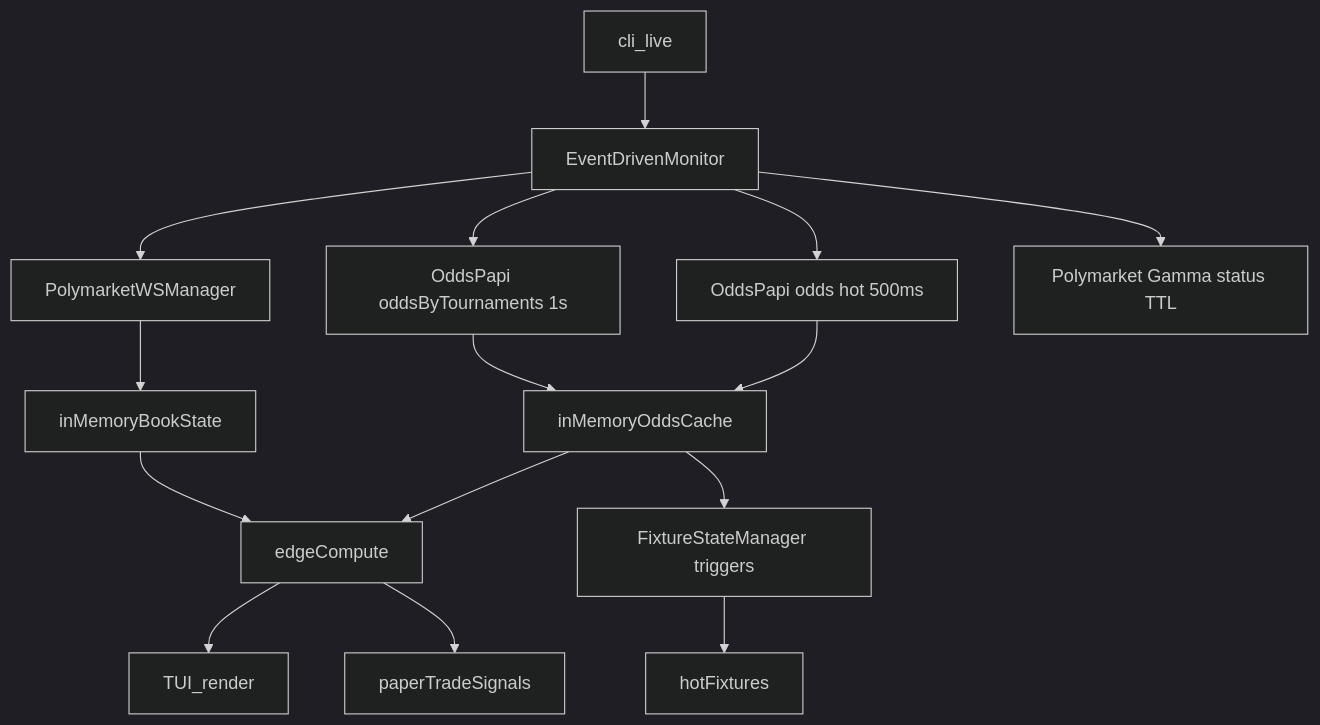
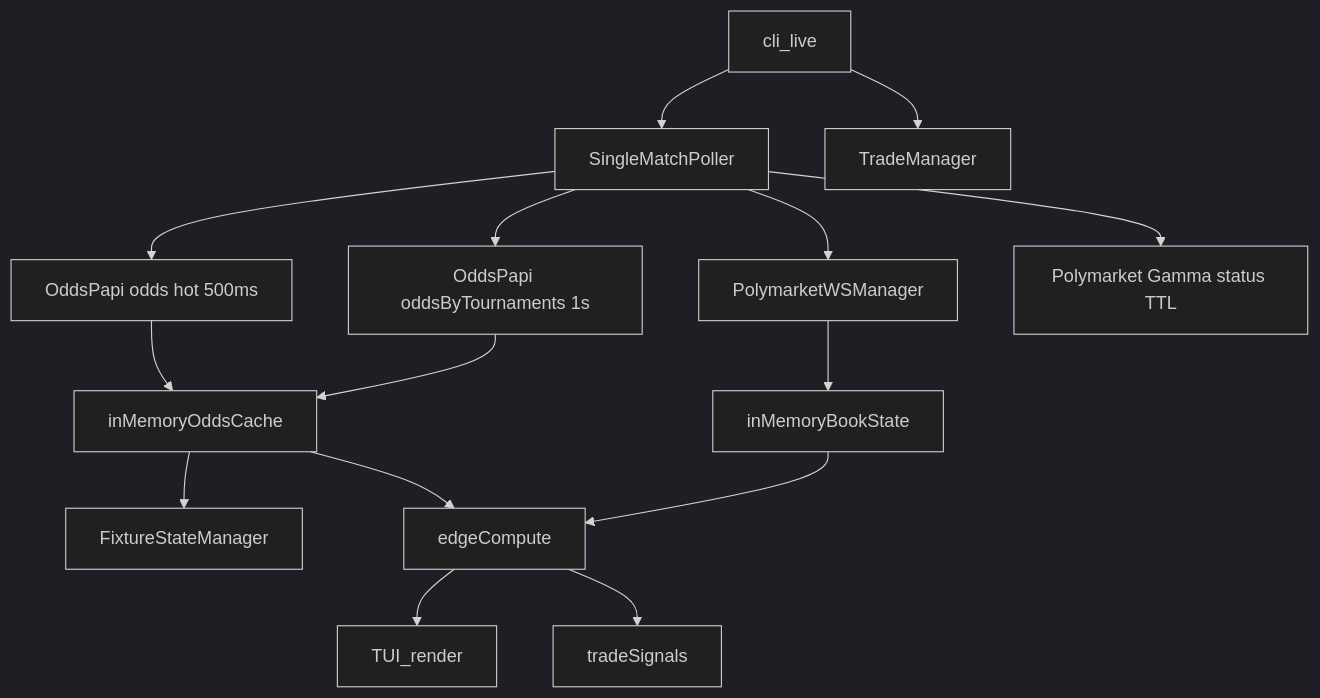
The diagram in docs/performance.md (hrush98/sleeperservice), drawn with Mermaid (dark theme) before and after one commit. The commit also changed 30 other files, not shown here.

````diff
--- a/docs/performance.md
+++ b/docs/performance.md
@@ -19,17 +19,17 @@
 ```mermaid
 flowchart TD
-  cliLive[cli_live] --> monitor[EventDrivenMonitor]
-  monitor --> ws[PolymarketWSManager]
-  monitor --> oddsBatch["OddsPapi oddsByTournaments 1s"]
-  monitor --> oddsHot["OddsPapi odds hot 500ms"]
-  monitor --> gamma["Polymarket Gamma status TTL"]
+  cliLive[cli_live] --> poller[SingleMatchPoller]
+  cliLive --> trader[TradeManager]
+  poller --> ws[PolymarketWSManager]
+  poller --> oddsBatch["OddsPapi oddsByTournaments 1s"]
+  poller --> oddsHot["OddsPapi odds hot 500ms"]
+  poller --> gamma["Polymarket Gamma status TTL"]
   ws --> bookState[inMemoryBookState]
   oddsBatch --> oddsCache[inMemoryOddsCache]
   oddsHot --> oddsCache
-  oddsCache --> trigger[FixtureStateManager triggers]
-  trigger --> hotSet[hotFixtures]
+  oddsCache --> trigger[FixtureStateManager]
   bookState --> compare[edgeCompute]
   oddsCache --> compare
   compare --> tui[TUI_render]
-  compare --> tradeTape[paperTradeSignals]
+  compare --> tradeTape[tradeSignals]
 ```
````
